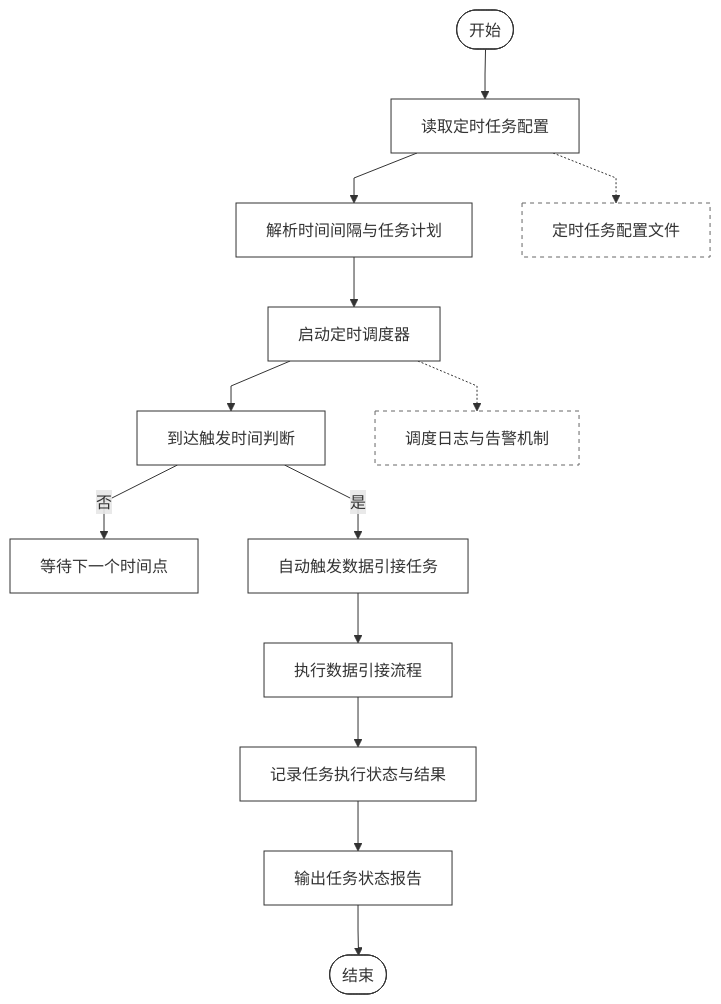
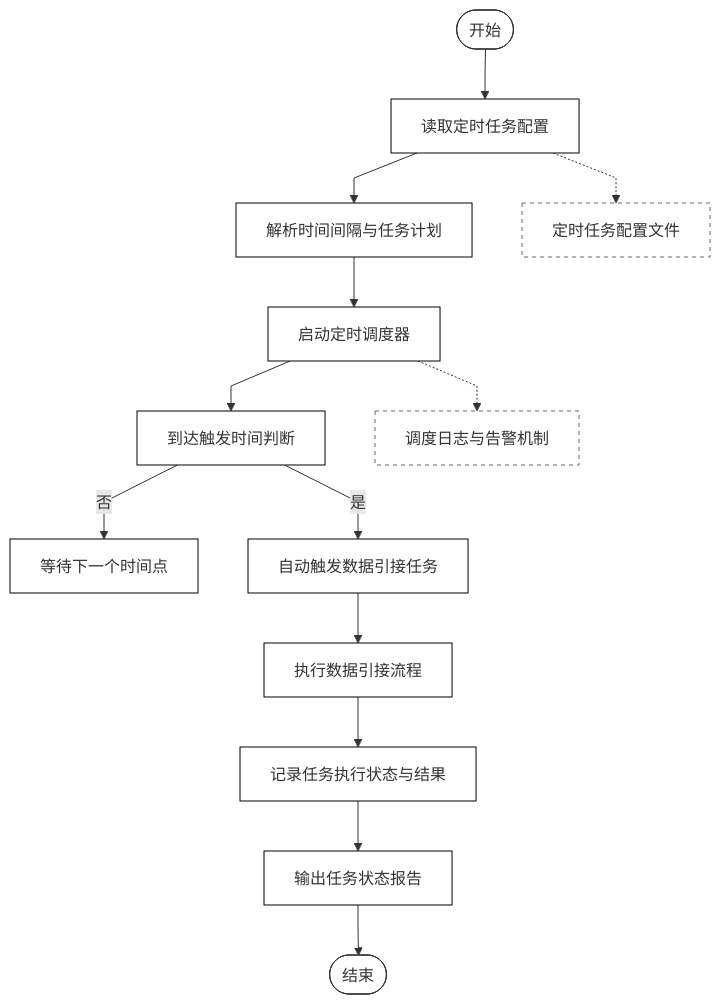
One commit to dremup/iodraw-files changed the diagram in all/未命名.md. Above: the diagram before and after it, drawn with Mermaid.

Commit message:
2025-11-12 17:32:58 update

````diff
--- a/all/未命名.md
+++ b/all/未命名.md
@@ -1,29 +1,29 @@
 ```mermaid
 %%{init: {
   "flowchart": { "curve": "linear" },
-  "themeCSS": ".edgeLabel rect{fill:#fff!important;stroke: #fff !important; }"
+  "themeCSS": ".edgeLabel rect{fill:#00000!important;stroke: #000 !important; }"
 }}%%
 flowchart TB
   A([开始]) --> B[读取定时任务配置]
   B --> C[解析时间间隔与任务计划]
   C --> D[启动定时调度器]
   D --> E[到达触发时间判断]
   E -- 否 --> G[等待下一个时间点]
   E -- 是 --> F[自动触发数据引接任务]
   F --> H[执行数据引接流程]
   H --> I[记录任务执行状态与结果]
   I --> J[输出任务状态报告]
   J --> K([结束])
 
   %% 辅助（水平虚线，直线）
   B -.-> L[定时任务配置文件]
   D -.-> M[调度日志与告警机制]
 
   %% 形状：首尾椭圆，其余矩形
   classDef ellipse fill:#ffffff,stroke:#333,stroke-width:1px,rx:25,ry:25;
-  classDef rect    fill:#ffffff,stroke:#333,stroke-width:1px;
+  classDef rect    fill:#ffffff,stroke:#000,stroke-width:1px;
   classDef dashed  fill:#ffffff,stroke:#666,stroke-dasharray:4 4;
   class A,K ellipse;
   class B,C,D,E,F,G,H,I,J rect;
   class L,M dashed;
 ```
````
